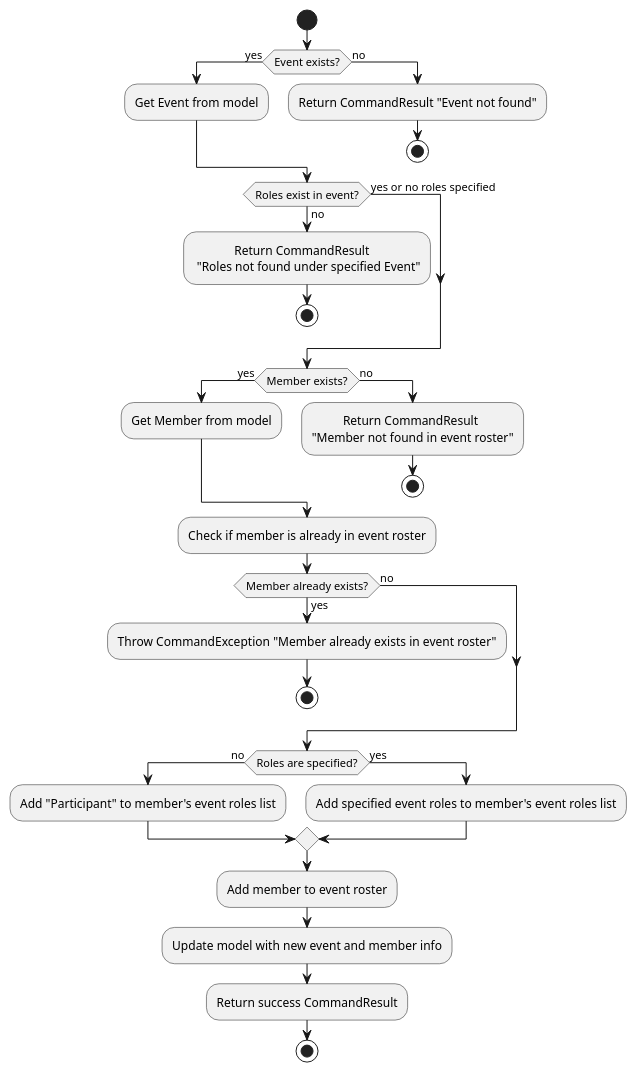
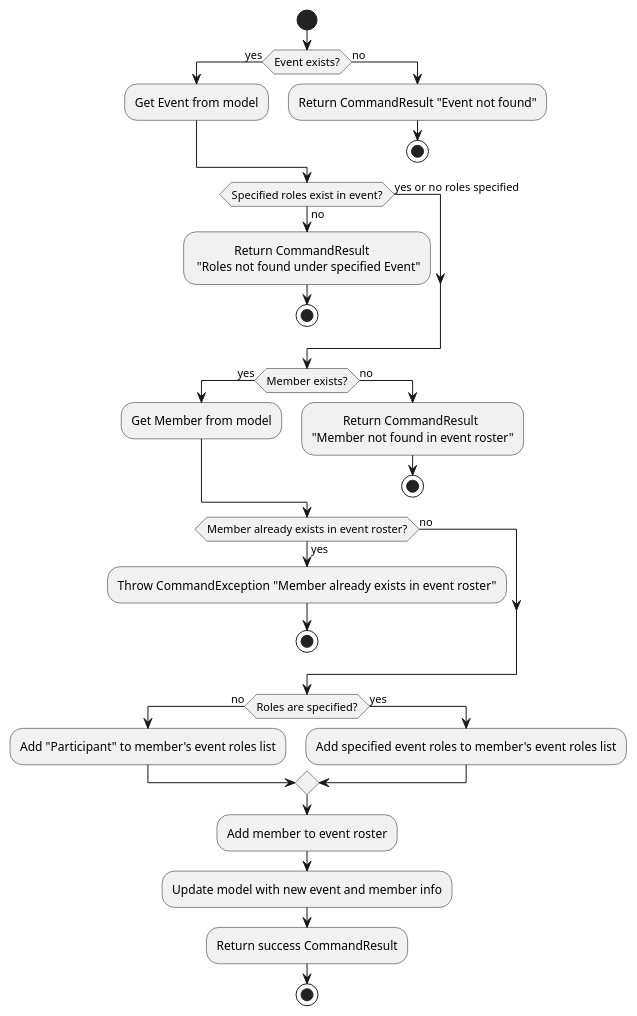
One commit to rongkangw/tp changed the diagram in docs/diagrams/AssignEventActivityDiagram.puml. Above: the diagram before and after it, drawn with PlantUML. The commit also changed 1 other file, not shown here.

Commit message:
Update implementation for AssignEvent

```diff
--- a/docs/diagrams/AssignEventActivityDiagram.puml
+++ b/docs/diagrams/AssignEventActivityDiagram.puml
@@ -1,45 +1,44 @@
 @startuml
 |AssignEventCommand|
 start
 if (Event exists?) then (yes)
   :Get Event from model;
 
 else (no)
   :Return CommandResult "Event not found";
   stop
 
 endif
 
-  if (Roles exist in event?) then (yes or no roles specified)
+  if (Specified roles exist in event?) then (yes or no roles specified)
   else (no)
     :             Return CommandResult \n "Roles not found under specified Event";
     stop
   endif
 
 if (Member exists?) then (yes)
   :Get Member from model;
 else (no)
   :          Return CommandResult \n"Member not found in event roster";
   stop
 endif
 
-:Check if member is already in event roster;
-if (Member already exists?) then (yes)
+if (Member already exists in event roster?) then (yes)
   :Throw CommandException "Member already exists in event roster";
   stop
 else (no)
 endif
 
 if (Roles are specified?) then (no)
   :Add "Participant" to member's event roles list;
   else (yes)
   :Add specified event roles to member's event roles list;
 
 endif
 
 :Add member to event roster;
 :Update model with new event and member info;
 
 :Return success CommandResult;
 stop
 @enduml
```
